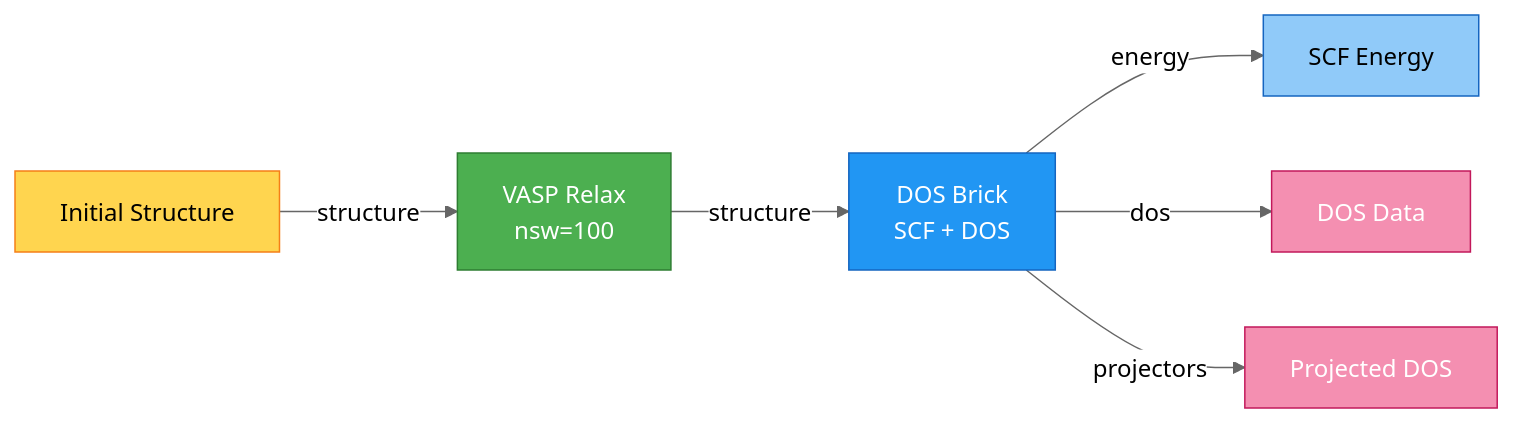
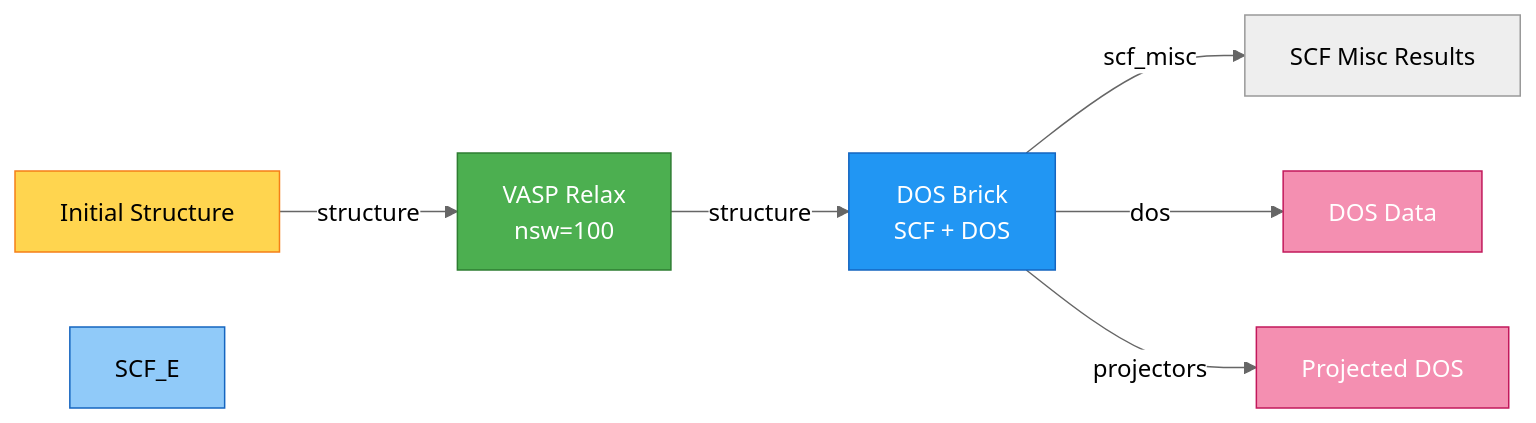
The fourth of 14 diagrams in docs/BRICK_CONNECTIONS.md (DoriniTT/quantum-lego), drawn with Mermaid (neutral theme) before and after one commit. The commit also changed other lines of this file and 3 other files, not shown here.

Commit message:
Add DOS/hybrid_bands energy fix, circular dep detection, tests for 15 untested bricks, doc updates

````diff
--- a/docs/BRICK_CONNECTIONS.md
+++ b/docs/BRICK_CONNECTIONS.md
@@ -171,16 +205,16 @@
 ```mermaid
 graph LR
     INPUT[Initial Structure] -->|structure| RELAX[VASP Relax<br/>nsw=100]
     RELAX -->|structure| DOS_CALC[DOS Brick<br/>SCF + DOS]
 
-    DOS_CALC -->|energy| SCF_E[SCF Energy]
+    DOS_CALC -->|scf_misc| SCF_M[SCF Misc Results]
     DOS_CALC -->|dos| DOS_DATA[DOS Data]
     DOS_CALC -->|projectors| PROJ_DATA[Projected DOS]
 
     style RELAX fill:#4CAF50,stroke:#2E7D32,color:#fff
     style DOS_CALC fill:#2196F3,stroke:#1565C0,color:#fff
     style INPUT fill:#FFD54F,stroke:#F57F17,color:#000
     style SCF_E fill:#90CAF9,stroke:#1565C0,color:#000
     style DOS_DATA fill:#F48FB1,stroke:#C2185B,color:#fff
     style PROJ_DATA fill:#F48FB1,stroke:#C2185B,color:#fff
 ```
````
